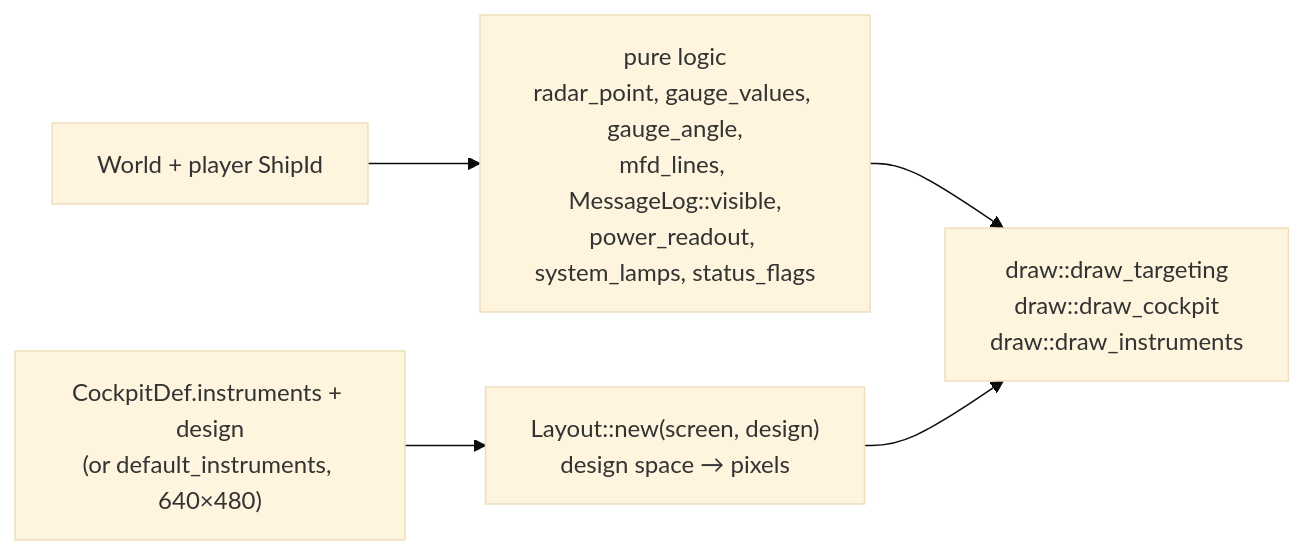
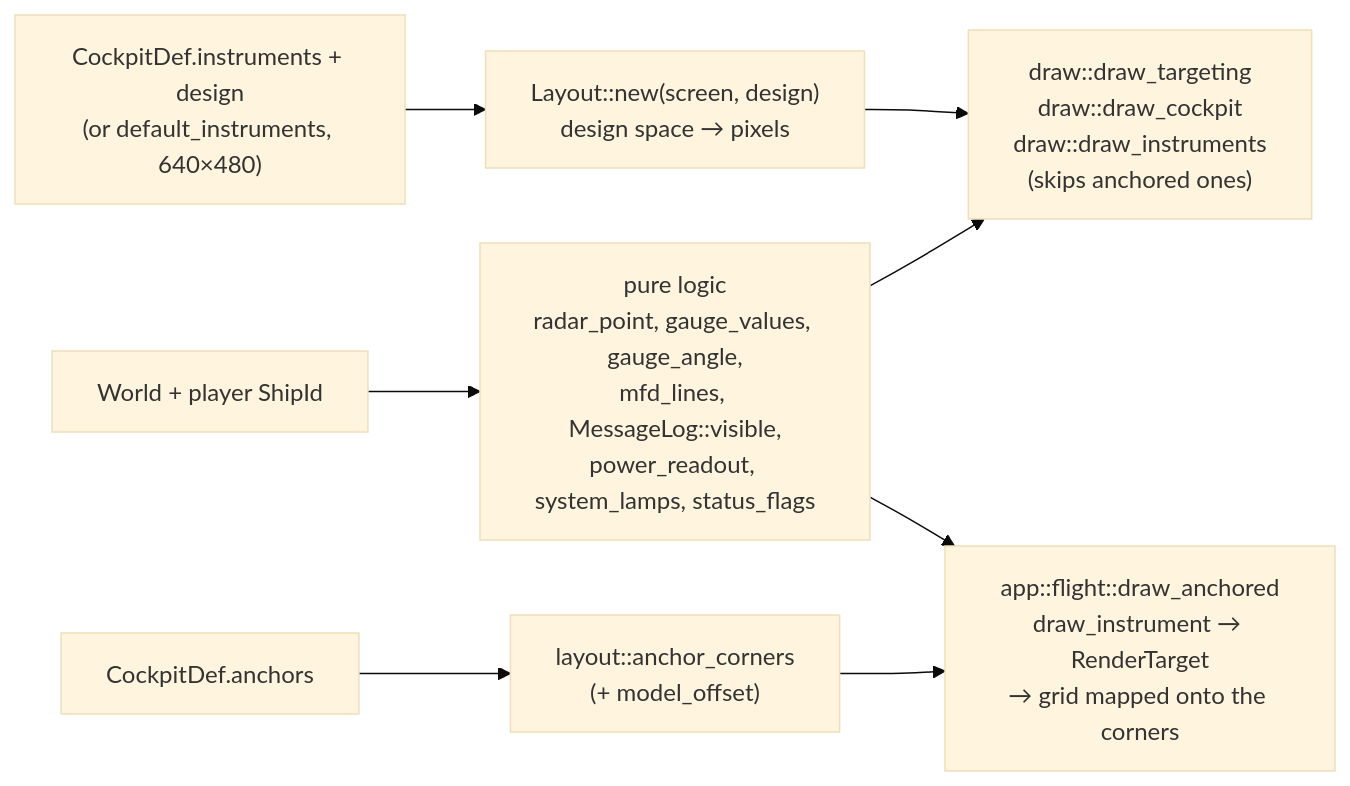
The diagram in docs/architecture/hud.md (bbogovich/OpenInterceptor), drawn with Mermaid (base theme) before and after one commit. The commit also changed other lines of this file and 56 other files, not shown here.

Commit message:
Site 0.6.0: YAML mod format, behaviours and conditions, difficulty, cockpit layout

````diff
--- a/docs/architecture/hud.md
+++ b/docs/architecture/hud.md
@@ -10,7 +12,10 @@
 ```mermaid
 flowchart LR
     W["World + player ShipId"] --> L["pure logic<br/>radar_point, gauge_values, gauge_angle,<br/>mfd_lines, MessageLog::visible,<br/>power_readout, system_lamps, status_flags"]
     CK["CockpitDef.instruments + design<br/>(or default_instruments, 640×480)"] --> LY["Layout::new(screen, design)<br/>design space → pixels"]
-    L --> D["draw::draw_targeting<br/>draw::draw_cockpit<br/>draw::draw_instruments"]
+    L --> D["draw::draw_targeting<br/>draw::draw_cockpit<br/>draw::draw_instruments<br/>(skips anchored ones)"]
     LY --> D
+    AN["CockpitDef.anchors"] --> AC["layout::anchor_corners<br/>(+ model_offset)"]
+    AC --> DA["app::flight::draw_anchored<br/>draw_instrument → RenderTarget<br/>→ grid mapped onto the corners"]
+    L --> DA
 ```
````
